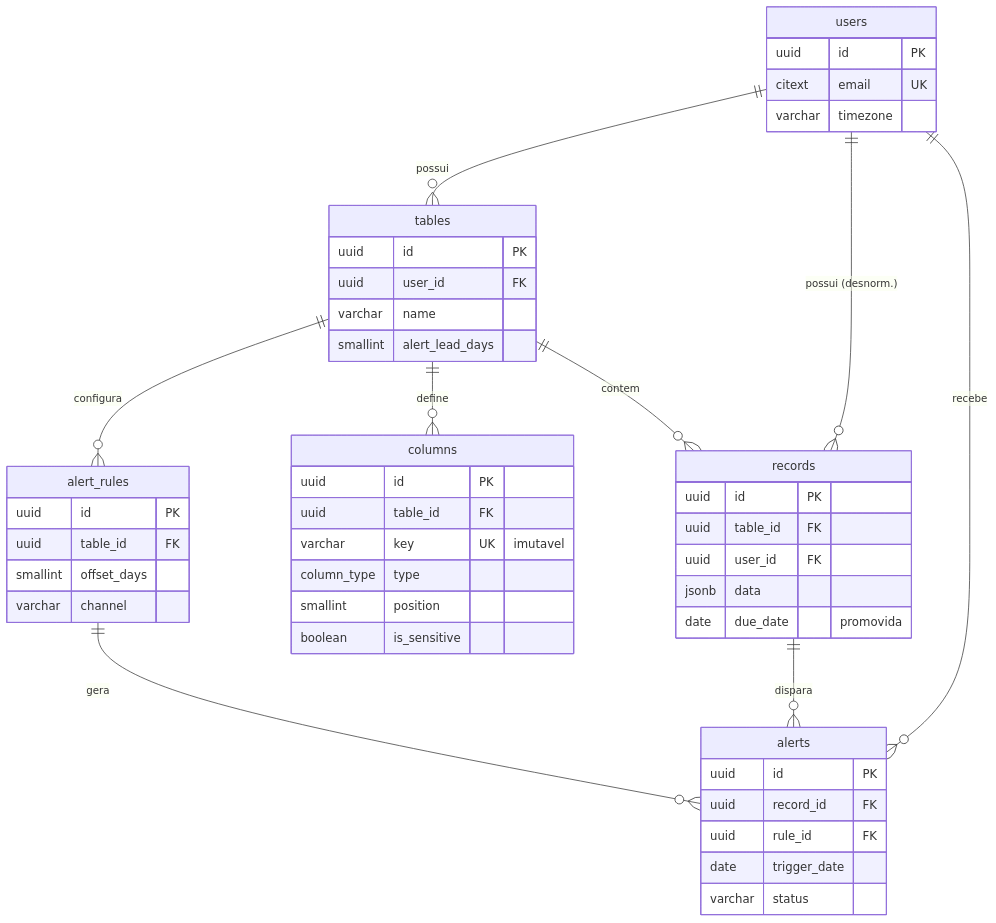
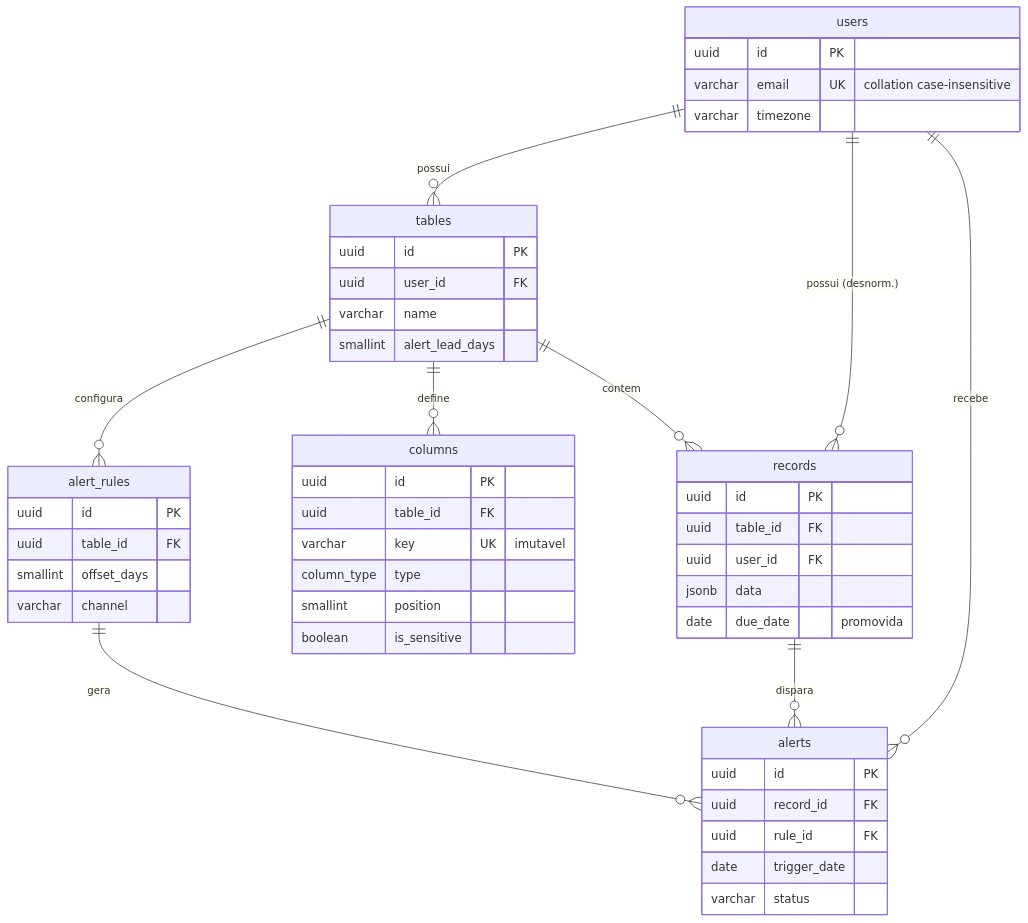
One commit to reag-dev/remind-task changed the diagram in docs/data-model.md. Above: the diagram before and after it, drawn with Mermaid. The commit also changed other lines of this file and 21 other files, not shown here.

````diff
--- a/docs/data-model.md
+++ b/docs/data-model.md
@@ -150,51 +164,51 @@
 ```mermaid
 erDiagram
     users ||--o{ tables : possui
     users ||--o{ records : "possui (desnorm.)"
     users ||--o{ alerts : recebe
     tables ||--o{ columns : define
     tables ||--o{ records : contem
     tables ||--o{ alert_rules : configura
     records ||--o{ alerts : dispara
     alert_rules ||--o{ alerts : gera
 
     users {
         uuid id PK
-        citext email UK
+        varchar email UK "collation case-insensitive"
         varchar timezone
     }
     tables {
         uuid id PK
         uuid user_id FK
         varchar name
         smallint alert_lead_days
     }
     columns {
         uuid id PK
         uuid table_id FK
         varchar key UK "imutavel"
         column_type type
         smallint position
         boolean is_sensitive
     }
     records {
         uuid id PK
         uuid table_id FK
         uuid user_id FK
         jsonb data
         date due_date "promovida"
     }
     alert_rules {
         uuid id PK
         uuid table_id FK
         smallint offset_days
         varchar channel
     }
     alerts {
         uuid id PK
         uuid record_id FK
         uuid rule_id FK
         date trigger_date
         varchar status
     }
 ```
````
